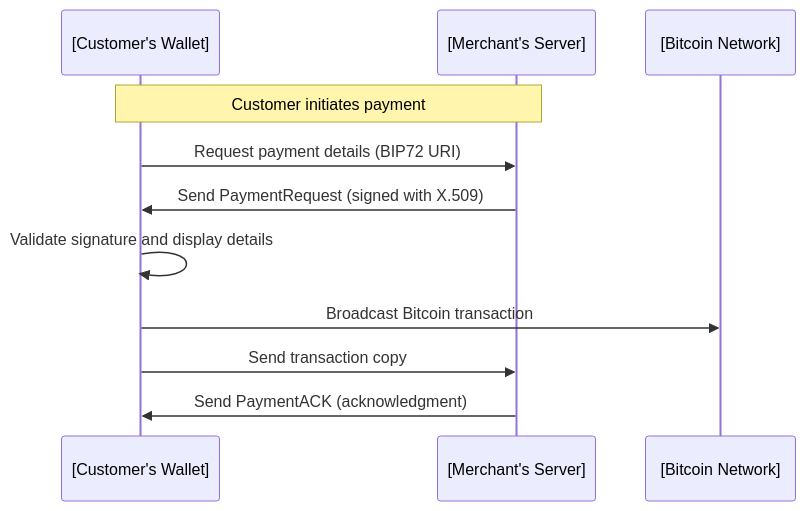
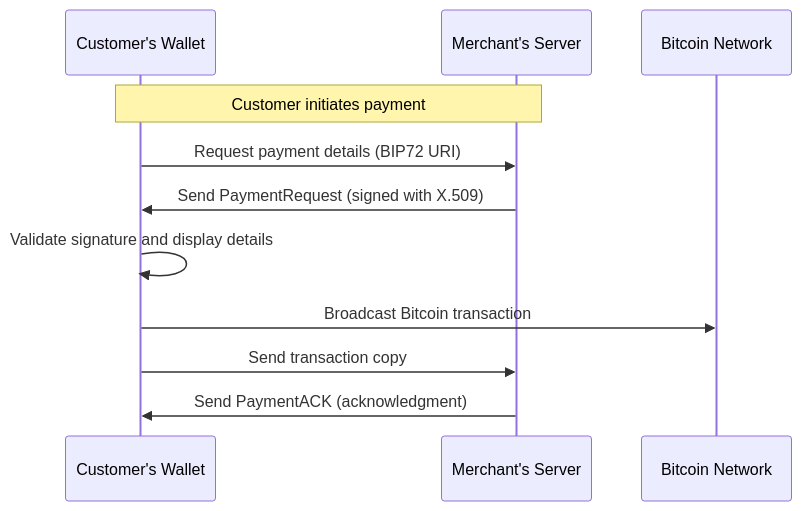
Before and after one commit to cqhung1412/bip70-multisign-demo: the diagram in docs/bip70-mermaid.md, drawn with Mermaid.

````diff
--- a/docs/bip70-mermaid.md
+++ b/docs/bip70-mermaid.md
@@ -1,14 +1,14 @@
 ```mermaid
 sequenceDiagram
-    participant Customer as [Customer's Wallet]
-    participant Merchant as [Merchant's Server]
-    participant Network as [Bitcoin Network]
+    participant Customer as Customer's Wallet
+    participant Merchant as Merchant's Server
+    participant Network as Bitcoin Network
 
     Note over Customer,Merchant: Customer initiates payment
     Customer->>Merchant: Request payment details (BIP72 URI)
     Merchant->>Customer: Send PaymentRequest (signed with X.509)
     Customer->>Customer: Validate signature and display details
     Customer->>Network: Broadcast Bitcoin transaction
     Customer->>Merchant: Send transaction copy
     Merchant->>Customer: Send PaymentACK (acknowledgment)
 ```
````
